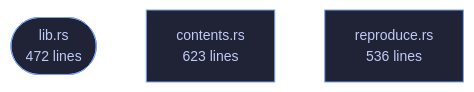
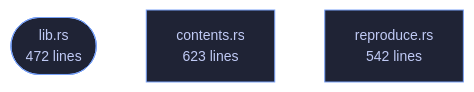
Before and after one commit to tilas01/veilvoice: the diagram in wiki/Crate-veilvoice-check.md, drawn with Mermaid. The commit also changed other lines of this file and 46 other files, not shown here.

````diff
--- a/wiki/Crate-veilvoice-check.md
+++ b/wiki/Crate-veilvoice-check.md
@@ -80,10 +80,10 @@
 ```mermaid
 %%{init: {"theme":"base","themeVariables":{"background":"#1a1b26","primaryColor":"#1f2335","primaryTextColor":"#c0caf5","primaryBorderColor":"#7aa2f7","secondaryColor":"#16161e","tertiaryColor":"#16161e","lineColor":"#737aa2","textColor":"#c0caf5","mainBkg":"#1f2335","nodeBorder":"#7aa2f7","clusterBkg":"#16161e","clusterBorder":"#2f3549","fontFamily":"ui-monospace, SFMono-Regular, Consolas, monospace","fontSize":"14px"}}}%%
 flowchart TD
     n_lib(["lib.rs<br/>472 lines"])
     n_contents["contents.rs<br/>623 lines"]
-    n_reproduce["reproduce.rs<br/>536 lines"]
+    n_reproduce["reproduce.rs<br/>542 lines"]
     click n_lib href "https://github.com/tilas01/veilvoice/blob/main/crates/veilvoice-check/src/lib.rs" "open the source"
     click n_contents href "https://github.com/tilas01/veilvoice/blob/main/crates/veilvoice-check/src/contents.rs" "open the source"
     click n_reproduce href "https://github.com/tilas01/veilvoice/blob/main/crates/veilvoice-check/src/reproduce.rs" "open the source"
 ```
````
